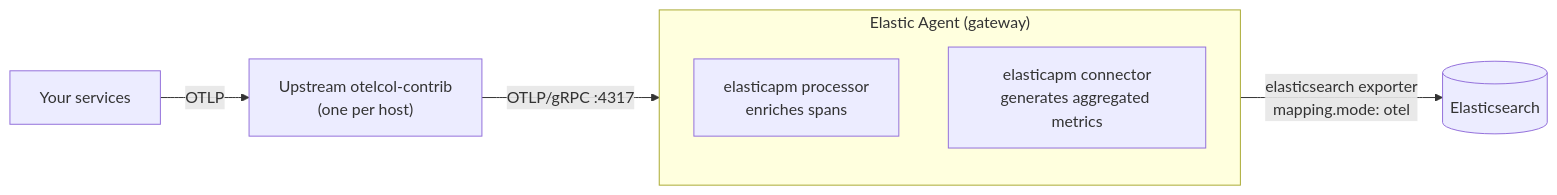
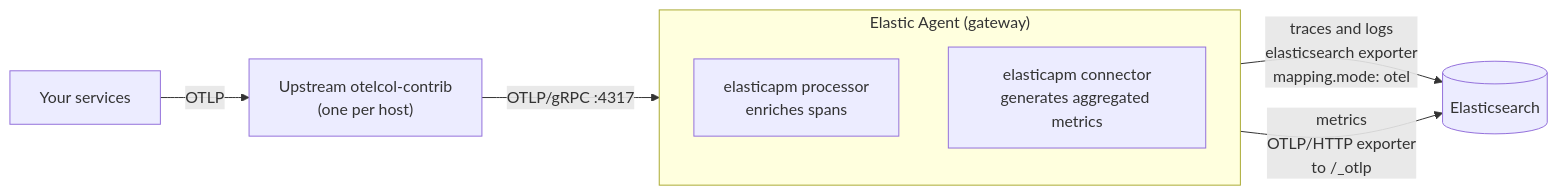
One commit to elastic/docs-content changed the diagram in solutions/observability/get-started/opentelemetry/use-cases/upstream-collector/index.md. Above: the diagram before and after it, drawn with Mermaid. The commit also changed other lines of this file and 4 other files, not shown here.

First line of the commit message:
Separate the Elasticsearch /_otlp endpoint from the Managed OTLP Endpoint

````diff
--- a/solutions/observability/get-started/opentelemetry/use-cases/upstream-collector/index.md
+++ b/solutions/observability/get-started/opentelemetry/use-cases/upstream-collector/index.md
@@ -29,12 +29,13 @@
 ```mermaid
 flowchart LR
     S["Your services"] -->|OTLP| U["Upstream otelcol-contrib<br/>(one per host)"]
     U -->|"OTLP/gRPC :4317"| G
 
     subgraph G["Elastic Agent (gateway)"]
         P["elasticapm processor<br/>enriches spans"]
         C["elasticapm connector<br/>generates aggregated metrics"]
     end
 
-    G -->|"elasticsearch exporter<br/>mapping.mode: otel"| E[("Elasticsearch")]
+    G -->|"traces and logs<br/>elasticsearch exporter<br/>mapping.mode: otel"| E[("Elasticsearch")]
+    G -->|"metrics<br/>OTLP/HTTP exporter<br/>to /_otlp"| E
 ```
````
